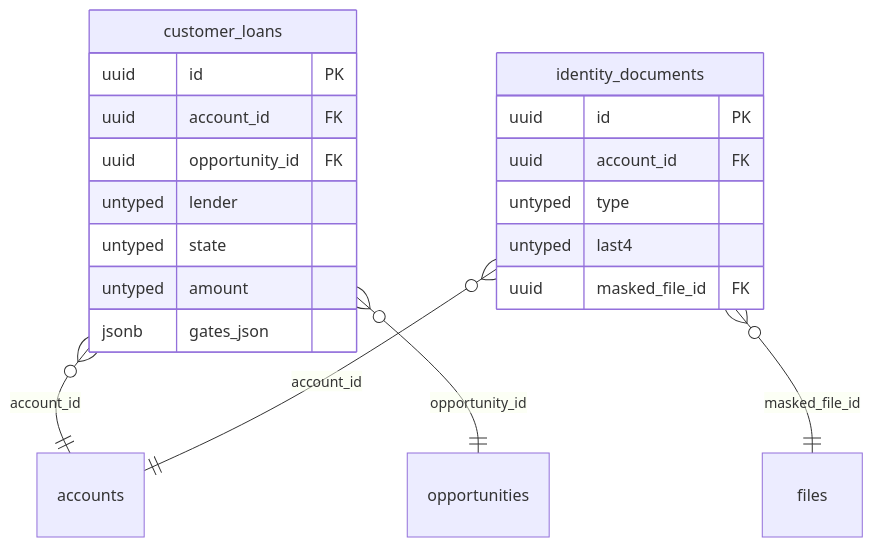
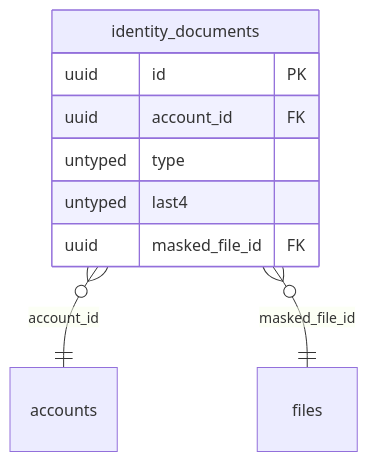
Before and after one commit to techaust/shakti_prime: diagram 12 of 17 in docs/data/erd.md, drawn with Mermaid. The commit also changed other lines of this file and 11 other files, not shown here.

First line of the commit message:
feat(crm): customer loans and lenders, the loan machine's commands and the order's loan gate

````diff
--- a/docs/data/erd.md
+++ b/docs/data/erd.md
@@ -1772,23 +1810,12 @@
 ```mermaid
 erDiagram
-  customer_loans {
-    uuid id PK
-    uuid account_id FK
-    uuid opportunity_id FK
-    untyped lender
-    untyped state
-    untyped amount
-    jsonb gates_json
-  }
   identity_documents {
     uuid id PK
     uuid account_id FK
     untyped type
     untyped last4
     uuid masked_file_id FK
   }
-  customer_loans }o--|| accounts : "account_id"
-  customer_loans }o--|| opportunities : "opportunity_id"
   identity_documents }o--|| accounts : "account_id"
   identity_documents }o--|| files : "masked_file_id"
 ```
````
